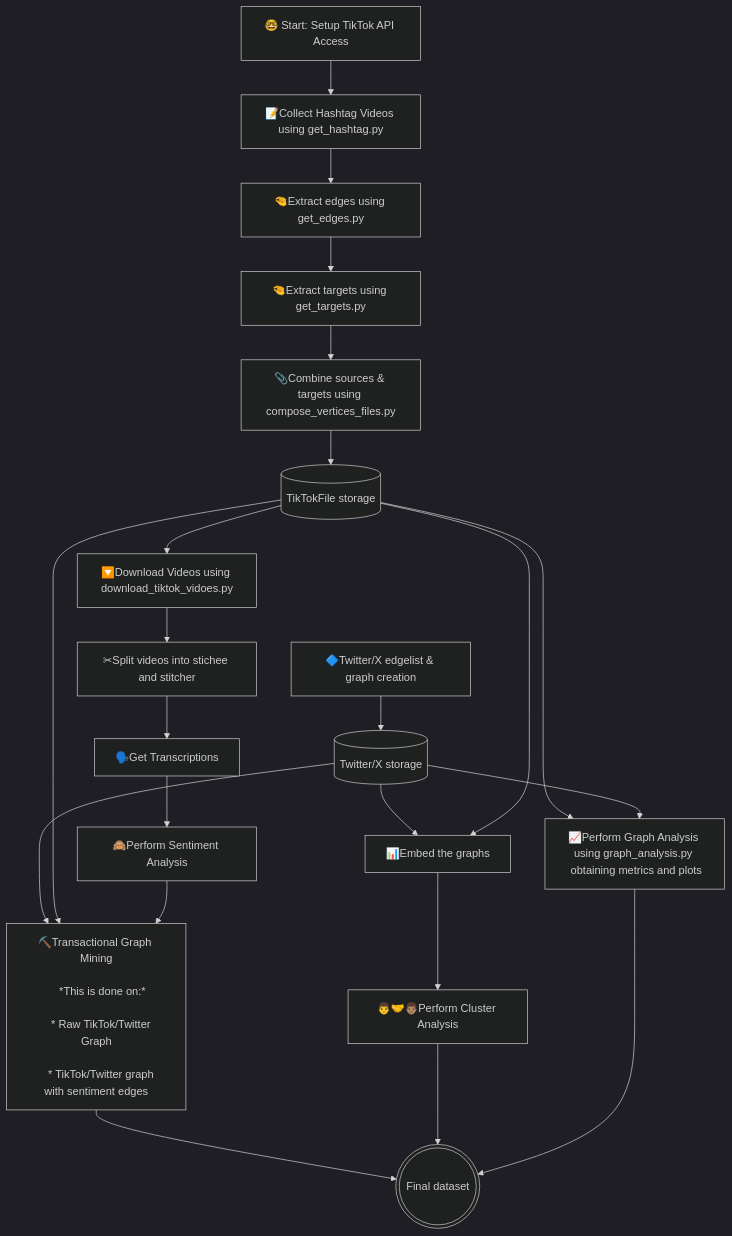
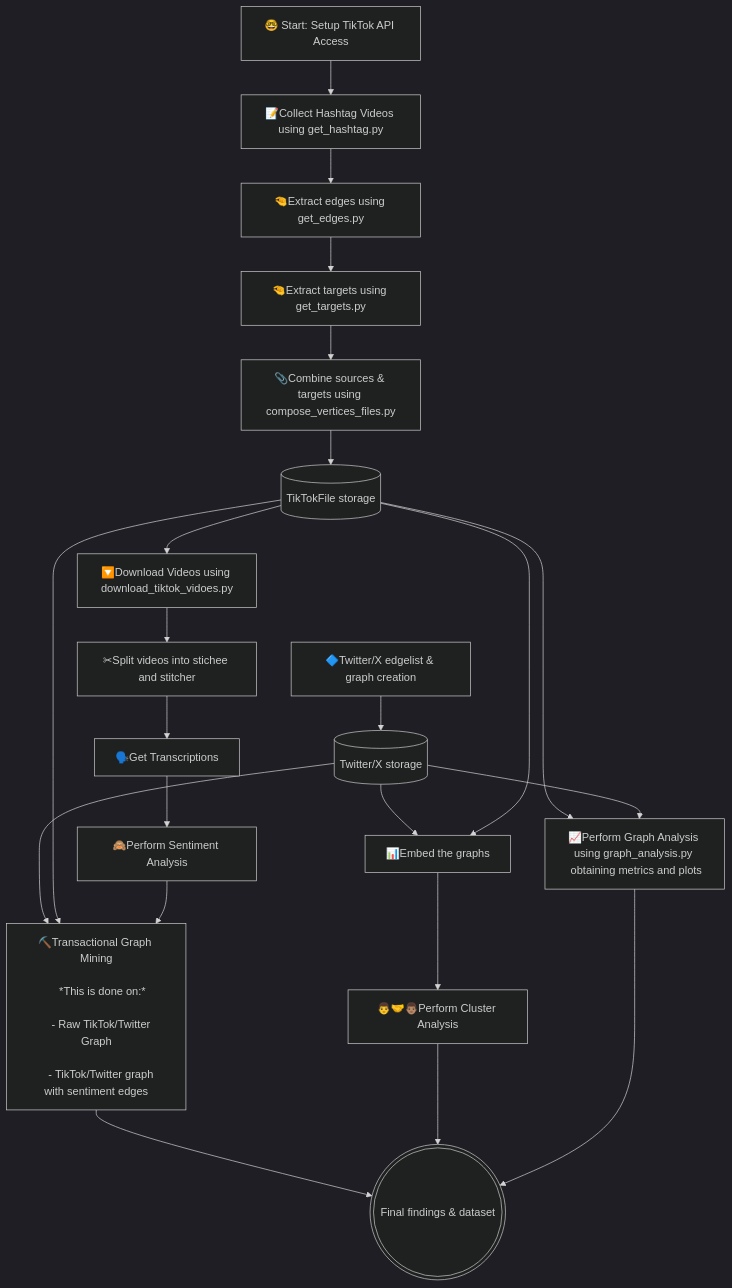
The diagram in README.md (Marcus-Friis/thesis), drawn with Mermaid before and after one commit.

````diff
--- a/README.md
+++ b/README.md
@@ -11,82 +11,82 @@
 ```mermaid
 %%{init: {'theme': 'dark', 'themeVariables': { 'primaryColor': '#4f98ca', 'edgeLabelBackground':'#2b2b2b', 'nodeTextColor': '#ffffff', 'background': '#1e1e1e'}}}%%
 
 graph TD
     
     %% Define each step in the pipeline
 
     A[🤓 Start: Setup TikTok API Access] 
     AA[🔷Twitter/X edgelist & graph creation]
     B[📝Collect Hashtag Videos using get_hashtag.py]
     C[🤏Extract edges using get_edges.py]
     D[🤏Extract targets using get_targets.py]
     E[📎Combine sources & targets using compose_vertices_files.py]
     F[(TikTokFile storage)]
     FF[(Twitter/X storage)]
     G[🔽Download Videos using download_tiktok_vidoes.py]
     H[📈Perform Graph Analysis using graph_analysis.py <br> obtaining metrics and plots]
     I[✂Split videos into stichee and stitcher]
     J[🗣️Get Transcriptions]
     K[🙈Perform Sentiment Analysis]
     L[📊Embed the graphs]
     M[👨‍🤝‍👨🏽Perform Cluster Analysis]
     N["⛏️Transactional Graph Mining<br>
     *This is done on:*<br>
-    * Raw TikTok/Twitter Graph<br>
-    * TikTok/Twitter graph with sentiment edges"]
+    - Raw TikTok/Twitter Graph<br>
+    - TikTok/Twitter graph with sentiment edges"]
 
-    Final(((Final dataset)))
+    Final(((Final findings & dataset)))
     
 
     %% I dont know the alphabet
     %% MNOPQRTSUVXYZ
 
     %% Connect the steps together
 
     A --> B
     AA --> FF
     B --> C
     C --> D
     D --> E
     E --> F
     F --> G
     F --> H
     FF --> H
     FF --> L
     FF --> N
     G --> I
     I --> J
     J --> K
     F --> L
     L --> M
     F --> N
     K --> N
 
     N --> Final
     M --> Final
     H --> Final
    %% Add hrefs to the steps
 
 
     click A href "https://github.com/Marcus-Friis/thesis/tree/cleanup?tab=readme-ov-file#tiktok-api" "click A"
 
     click B href "https://github.com/Marcus-Friis/thesis/tree/cleanup?tab=readme-ov-file#get-hashtag-stitches" "click B"
 
     click C href "https://github.com/Marcus-Friis/thesis?tab=readme-ov-file#stitch-edge-scraper" "click C"
 
     click D href "https://github.com/Marcus-Friis/thesis?tab=readme-ov-file#extract-targets" "click D"
 
     click E "https://github.com/Marcus-Friis/thesis?tab=readme-ov-file#script-1-stitcher-and-stitchee-data-processing" "click E"
 
     click F "https://github.com/Marcus-Friis/thesis/tree/main/data" "click F"
 
     click G "https://github.com/Marcus-Friis/thesis?tab=readme-ov-file#helper-script-for-quickly-downloading-videos" "click G"
 
     click H "https://github.com/Marcus-Friis/thesis?tab=readme-ov-file#graph-analysis" "click H"
 
     click I "https://github.com/Marcus-Friis/thesis?tab=readme-ov-file#split-videos-into-sticher-and-stichee" "click I"
 
     %%click J "" "click J"
 
 
 ```
````
